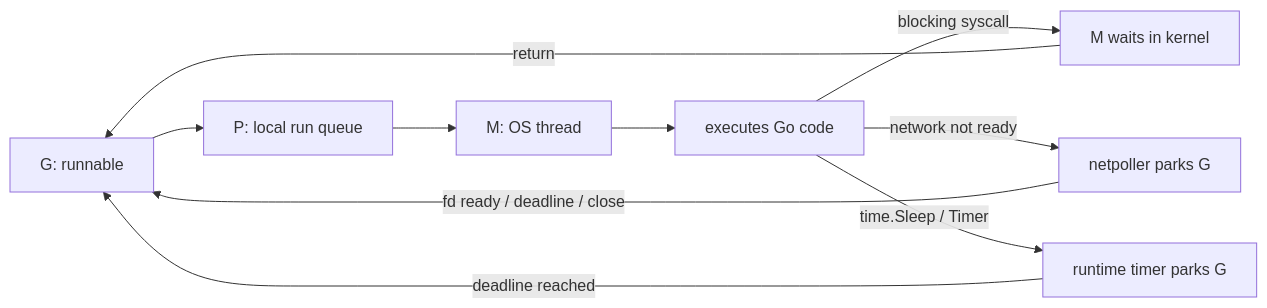
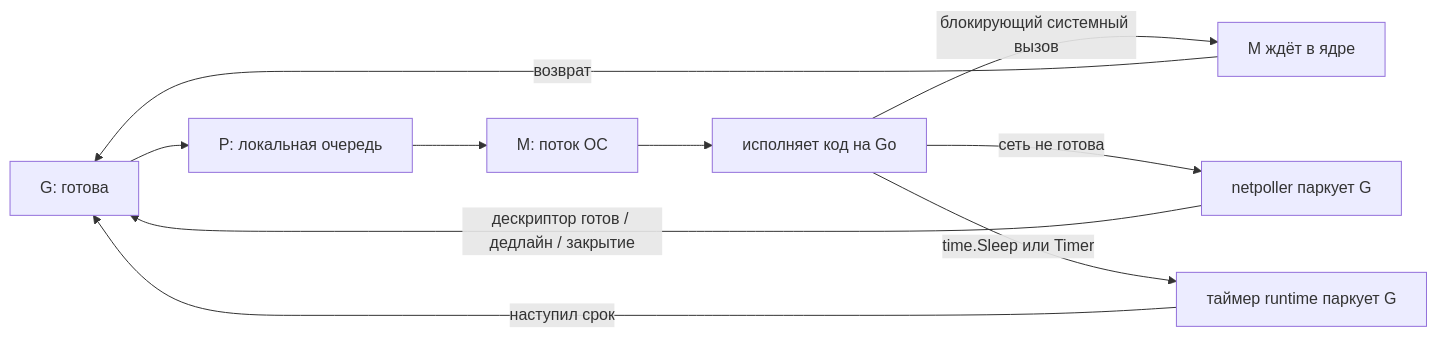
The diagram in docs/senior-golang-study/01-go-core/runtime-scheduler/README.md (fev0ks/LearnGoLang), drawn with Mermaid before and after one commit. The commit also changed other lines of this file and 4 other files, not shown here.

````diff
--- a/docs/senior-golang-study/01-go-core/runtime-scheduler/README.md
+++ b/docs/senior-golang-study/01-go-core/runtime-scheduler/README.md
@@ -17,15 +21,15 @@
 ```mermaid
 flowchart LR
-    G1["G: runnable"] --> P["P: local run queue"]
-    P --> M["M: OS thread"]
-    M --> CPU["executes Go code"]
+    G1["G: готова"] --> P["P: локальная очередь"]
+    P --> M["M: поток ОС"]
+    M --> CPU["исполняет код на Go"]
 
-    CPU -->|blocking syscall| SYS["M waits in kernel"]
-    SYS -->|return| G1
+    CPU -->|блокирующий системный вызов| SYS["M ждёт в ядре"]
+    SYS -->|возврат| G1
 
-    CPU -->|network not ready| NP["netpoller parks G"]
-    NP -->|fd ready / deadline / close| G1
+    CPU -->|сеть не готова| NP["netpoller паркует G"]
+    NP -->|дескриптор готов / дедлайн / закрытие| G1
 
-    CPU -->|time.Sleep / Timer| T["runtime timer parks G"]
-    T -->|deadline reached| G1
+    CPU -->|time.Sleep или Timer| T["таймер runtime паркует G"]
+    T -->|наступил срок| G1
 ```
````
